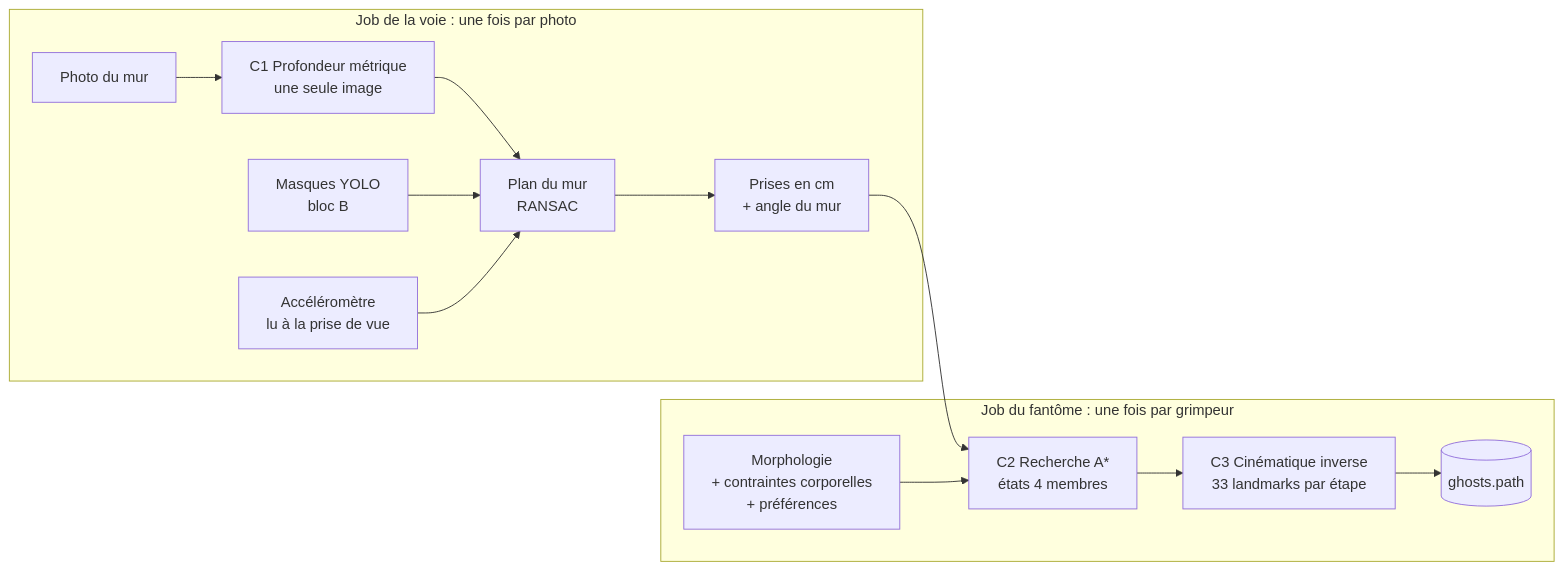
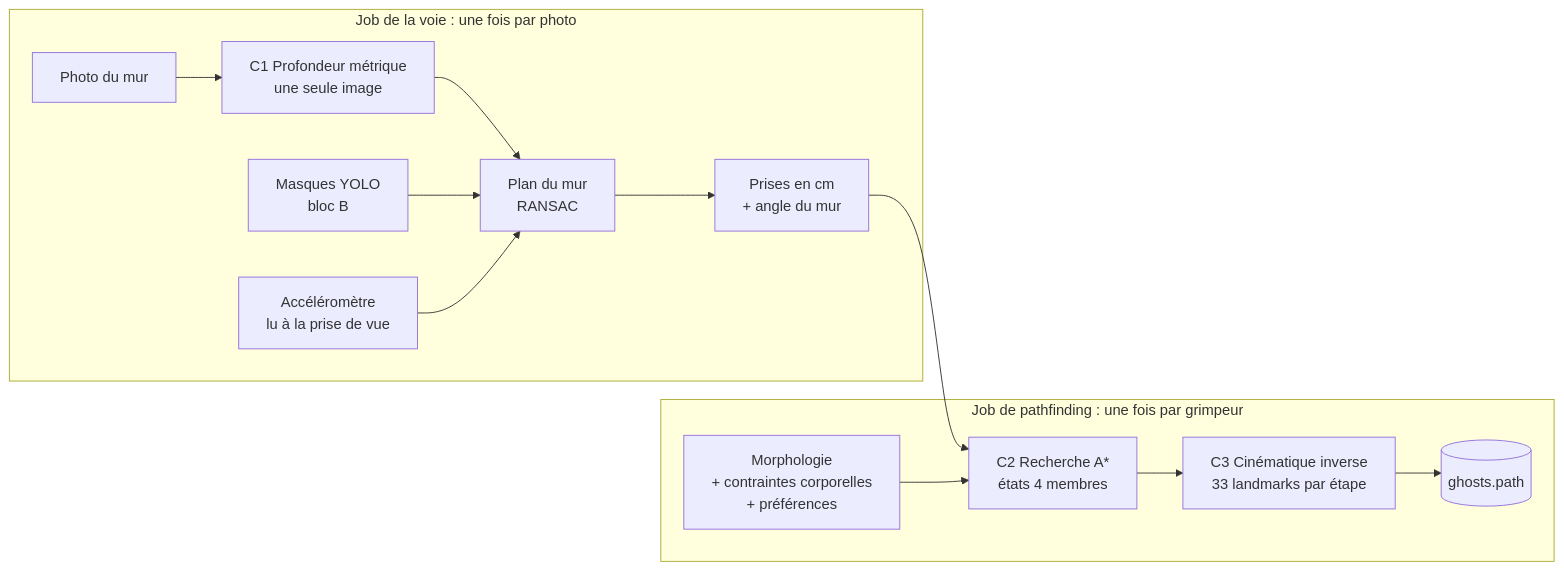
Before and after one commit to Ascension-EIP/Ascension: the third of 3 diagrams in docs/Ascension/developer/apps/ai/pipeline-2d-decomposition.md, drawn with Mermaid. The commit also changed other lines of this file and 40 other files, not shown here.

First line of the commit message:
rename(ai): rename the ghost computation to pathfinding

````diff
--- a/docs/Ascension/developer/apps/ai/pipeline-2d-decomposition.md
+++ b/docs/Ascension/developer/apps/ai/pipeline-2d-decomposition.md
@@ -152,17 +154,17 @@
 ```mermaid
 flowchart LR
     subgraph Route ["Job de la voie : une fois par photo"]
         Photo["Photo du mur"] --> Depth["C1 Profondeur métrique\nune seule image"]
         Depth --> Plane["Plan du mur\nRANSAC"]
         Masks["Masques YOLO\nbloc B"] --> Plane
         Gravity["Accéléromètre\nlu à la prise de vue"] --> Plane
         Plane --> Wall["Prises en cm\n+ angle du mur"]
     end
 
-    subgraph Ghost ["Job du fantôme : une fois par grimpeur"]
+    subgraph Pathfinding ["Job de pathfinding : une fois par grimpeur"]
         Wall --> Search["C2 Recherche A*\nétats 4 membres"]
         Profile["Morphologie\n+ contraintes corporelles\n+ préférences"] --> Search
         Search --> IK["C3 Cinématique inverse\n33 landmarks par étape"]
         IK --> Path[("ghosts.path")]
     end
 ```
````
